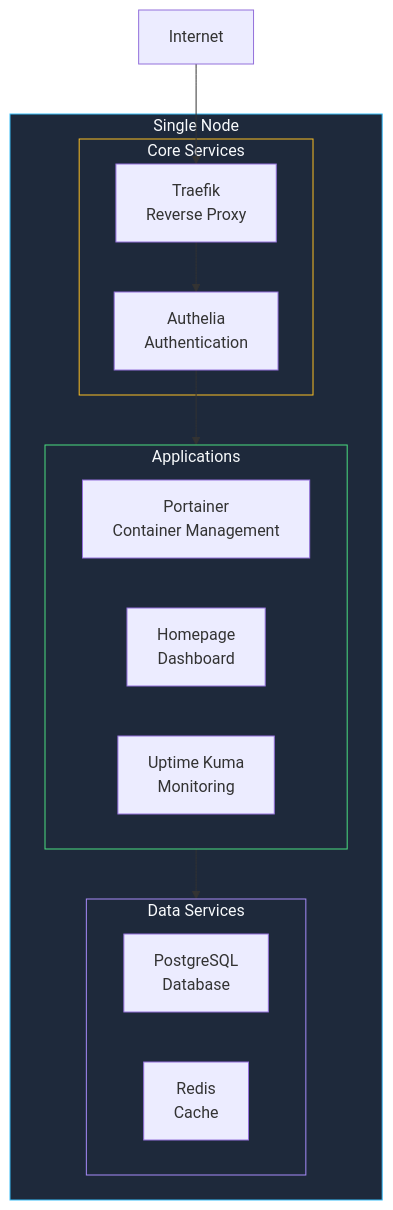
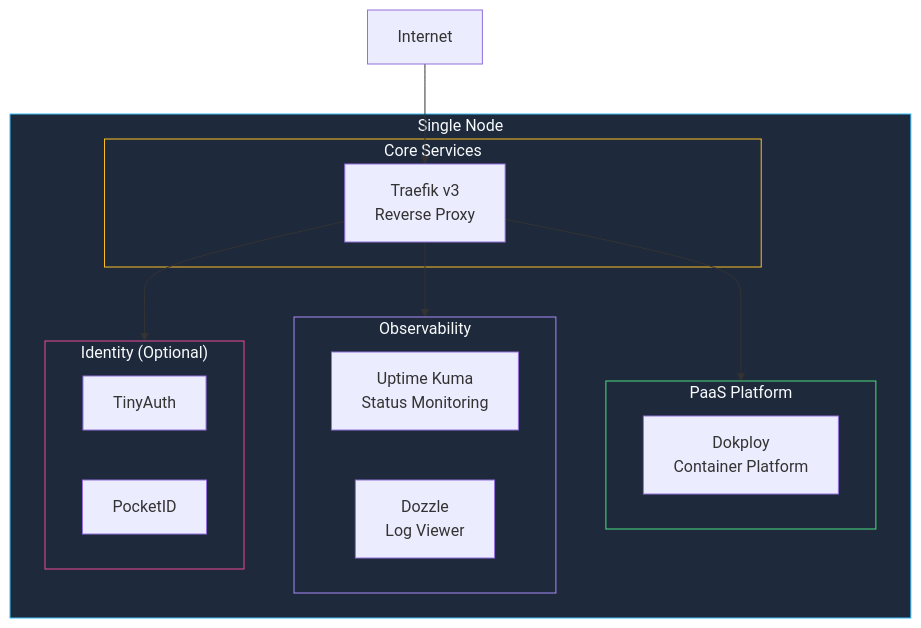
One commit to KombiverseLabs/docs changed the diagram in stackkits/kits/base-homelab.mdx. Above: the diagram before and after it, drawn with Mermaid. The commit also changed other lines of this file and 58 other files, not shown here.

````diff
--- a/stackkits/kits/base-homelab.mdx
+++ b/stackkits/kits/base-homelab.mdx
@@ -14,30 +18,33 @@
 ```mermaid
 graph TB
     subgraph Node["Single Node"]
         subgraph Core["Core Services"]
-            Traefik["Traefik<br/>Reverse Proxy"]
-            Authelia["Authelia<br/>Authentication"]
+            Traefik["Traefik v3<br/>Reverse Proxy"]
         end
         
-        subgraph Apps["Applications"]
-            Portainer["Portainer<br/>Container Management"]
-            Homepage["Homepage<br/>Dashboard"]
-            Uptime["Uptime Kuma<br/>Monitoring"]
+        subgraph Platform["PaaS Platform"]
+            Dokploy["Dokploy<br/>Container Platform"]
         end
         
-        subgraph Data["Data Services"]
-            Postgres["PostgreSQL<br/>Database"]
-            Redis["Redis<br/>Cache"]
+        subgraph Monitoring["Observability"]
+            UptimeKuma["Uptime Kuma<br/>Status Monitoring"]
+            Dozzle["Dozzle<br/>Log Viewer"]
+        end
+        
+        subgraph Identity["Identity (Optional)"]
+            TinyAuth["TinyAuth"]
+            PocketID["PocketID"]
         end
     end
     
     Internet["Internet"] --> Traefik
-    Traefik --> Authelia
-    Authelia --> Apps
-    Apps --> Data
+    Traefik --> Platform
+    Traefik --> Monitoring
+    Traefik --> Identity
     
     style Node fill:#1e293b,stroke:#38bdf8,color:#f8fafc
     style Core fill:#1e293b,stroke:#fbbf24,color:#f8fafc
-    style Apps fill:#1e293b,stroke:#4ade80,color:#f8fafc
-    style Data fill:#1e293b,stroke:#a78bfa,color:#f8fafc
+    style Platform fill:#1e293b,stroke:#4ade80,color:#f8fafc
+    style Monitoring fill:#1e293b,stroke:#a78bfa,color:#f8fafc
+    style Identity fill:#1e293b,stroke:#ec4899,color:#f8fafc
 ```
````
